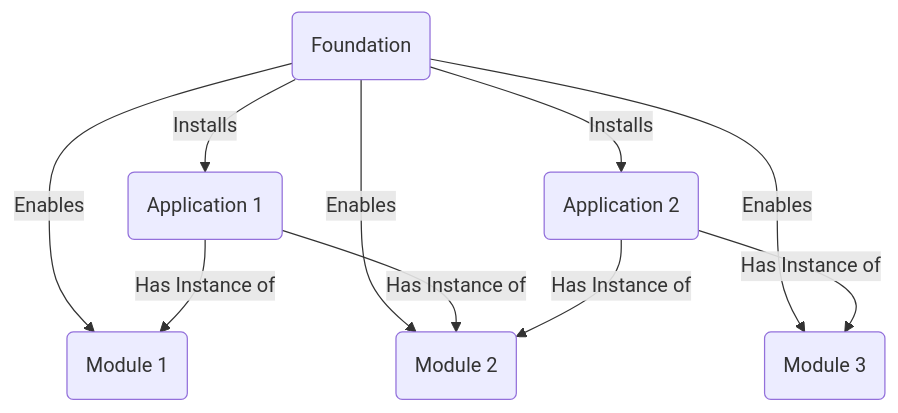
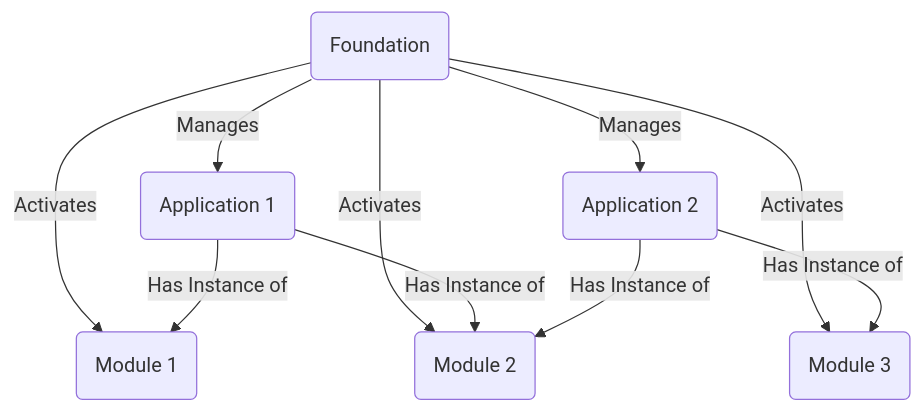
One commit to x-i-a/xia-framework changed the second of 3 diagrams in README.md. Above: the diagram before and after it, drawn with Mermaid. The commit also changed other lines of this file and 2 other files, not shown here.

````diff
--- a/README.md
+++ b/README.md
@@ -29,13 +29,13 @@
 ```mermaid
 graph TD
-    F(Foundation) -->|Installs| A1(Application 1)
-    F -->|Installs| A2(Application 2)
-    F -->|Enables| M1(Module 1)
-    F -->|Enables| M2(Module 2)
-    F -->|Enables| M3(Module 3)
+    F(Foundation) -->|Manages| A1(Application 1)
+    F -->|Manages| A2(Application 2)
+    F -->|Activates| M1(Module 1)
+    F -->|Activates| M2(Module 2)
+    F -->|Activates| M3(Module 3)
 
     A1 -->|Has Instance of| M1
     A1 -->|Has Instance of| M2
     A2 -->|Has Instance of| M2
     A2 -->|Has Instance of| M3
 ```
````
